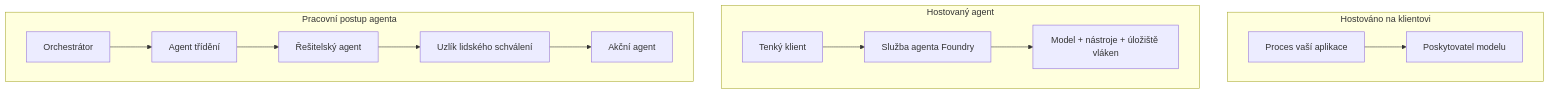
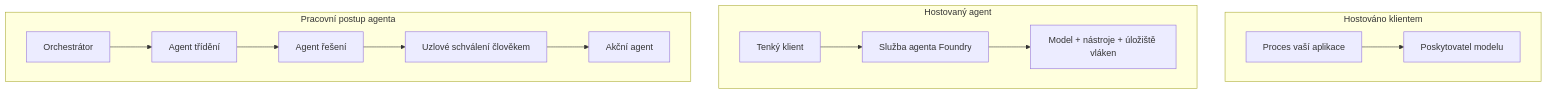
One commit to microsoft/ai-agents-for-beginners changed the first of 4 diagrams in translations/cs/16-deploying-scalable-agents/README.md. Above: the diagram before and after it, drawn with Mermaid. The commit also changed other lines of this file and 47 other files, not shown here.

````diff
--- a/translations/cs/16-deploying-scalable-agents/README.md
+++ b/translations/cs/16-deploying-scalable-agents/README.md
@@ -87,16 +87,16 @@
 ```mermaid
 flowchart TB
-    subgraph P1[Hostováno na klientovi]
+    subgraph P1[Hostováno klientem]
         A1[Proces vaší aplikace] --> M1[Poskytovatel modelu]
     end
     subgraph P2[Hostovaný agent]
         A2[Tenký klient] --> F2[Služba agenta Foundry]
         F2 --> M2[Model + nástroje + úložiště vláken]
     end
     subgraph P3[Pracovní postup agenta]
         A3[Orchestrátor] --> S1[Agent třídění]
-        S1 --> S2[Řešitelský agent]
-        S2 --> H[Uzlík lidského schválení]
+        S1 --> S2[Agent řešení]
+        S2 --> H[Uzlové schválení člověkem]
         H --> S3[Akční agent]
     end
 ```
````
